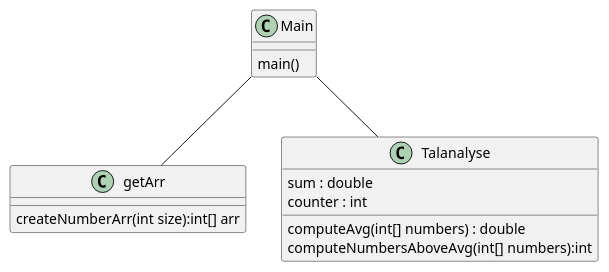
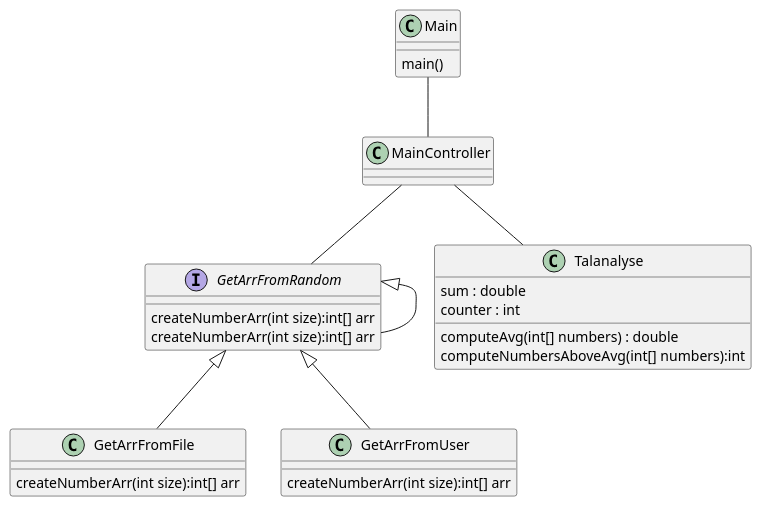
One commit to cphstud/TalAnalyse changed the diagram in out/production/Opgaver/Diag.puml. Above: the diagram before and after it, drawn with PlantUML. The commit also changed 12 other files, not shown here.

```diff
--- a/out/production/Opgaver/Diag.puml
+++ b/out/production/Opgaver/Diag.puml
@@ -1,18 +1,33 @@
 @startuml
 class Main {
 main()
 
 }
-class getArr {
+class MainController {
+}
+class GetArrFromFile {
+createNumberArr(int size):int[] arr
+}
+class GetArrFromUser {
+createNumberArr(int size):int[] arr
+}
+class GetArrFromRandom {
+createNumberArr(int size):int[] arr
+}
+interface GetArrFromRandom {
 createNumberArr(int size):int[] arr
 }
 class Talanalyse {
 sum : double
 counter : int
 computeAvg(int[] numbers) : double
 computeNumbersAboveAvg(int[] numbers):int
 }
-Main -- Talanalyse
-Main -- getArr
+MainController -- Talanalyse
+MainController -- GetArrFromRandom
+Main-- MainController
+GetArrFromRandom <|-- GetArrFromFile
+GetArrFromRandom <|-- GetArrFromUser
+GetArrFromRandom <|-- GetArrFromRandom
 
 @enduml
```
